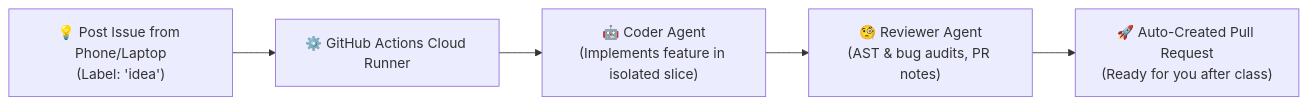
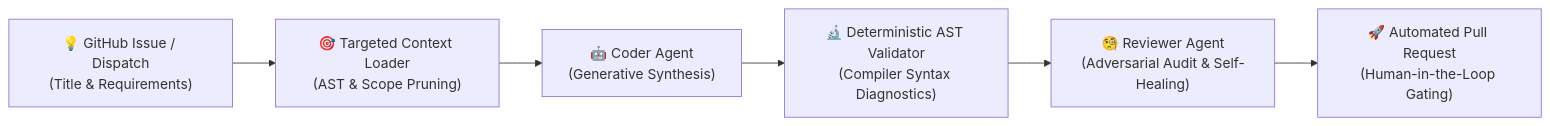
Before and after one commit to allenjamesvinoy/hobby-agent: the diagram in README.md, drawn with Mermaid. The commit also changed other lines of this file, not shown here.

````diff
--- a/README.md
+++ b/README.md
@@ -9,7 +11,8 @@
 ```mermaid
 flowchart LR
-    A["💡 Post Issue from Phone/Laptop\n(Label: 'idea')"] --> B["⚙️ GitHub Actions Cloud Runner"]
-    B --> C["🤖 Coder Agent\n(Implements feature in isolated slice)"]
-    C --> D["🧐 Reviewer Agent\n(AST & bug audits, PR notes)"]
-    D --> E["🚀 Auto-Created Pull Request\n(Ready for you after class)"]
+    Issue["💡 GitHub Issue / Dispatch\n(Title & Requirements)"] --> Loader["🎯 Targeted Context Loader\n(AST & Scope Pruning)"]
+    Loader --> Coder["🤖 Coder Agent\n(Generative Synthesis)"]
+    Coder --> AST["🔬 Deterministic AST Validator\n(Compiler Syntax Diagnostics)"]
+    AST --> Reviewer["🧐 Reviewer Agent\n(Adversarial Audit & Self-Healing)"]
+    Reviewer --> PR["🚀 Automated Pull Request\n(Human-in-the-Loop Gating)"]
 ```
````
